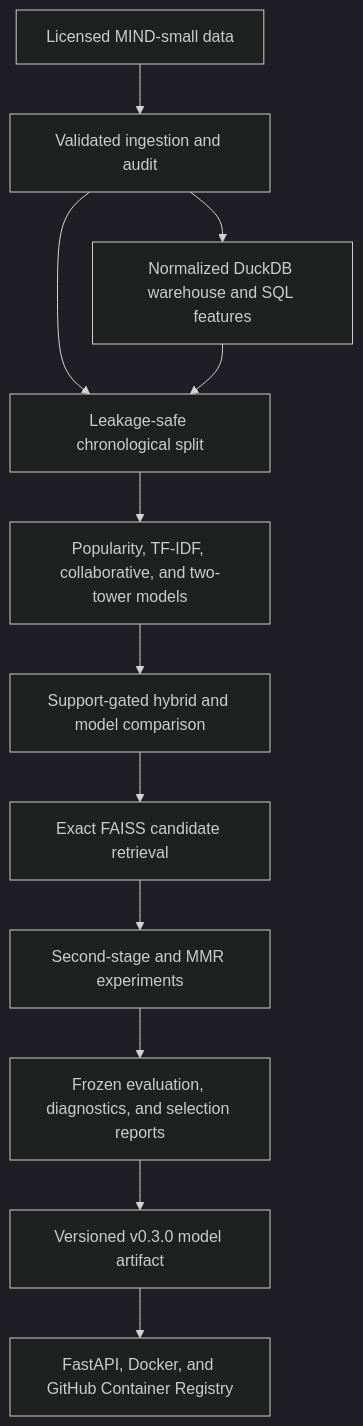
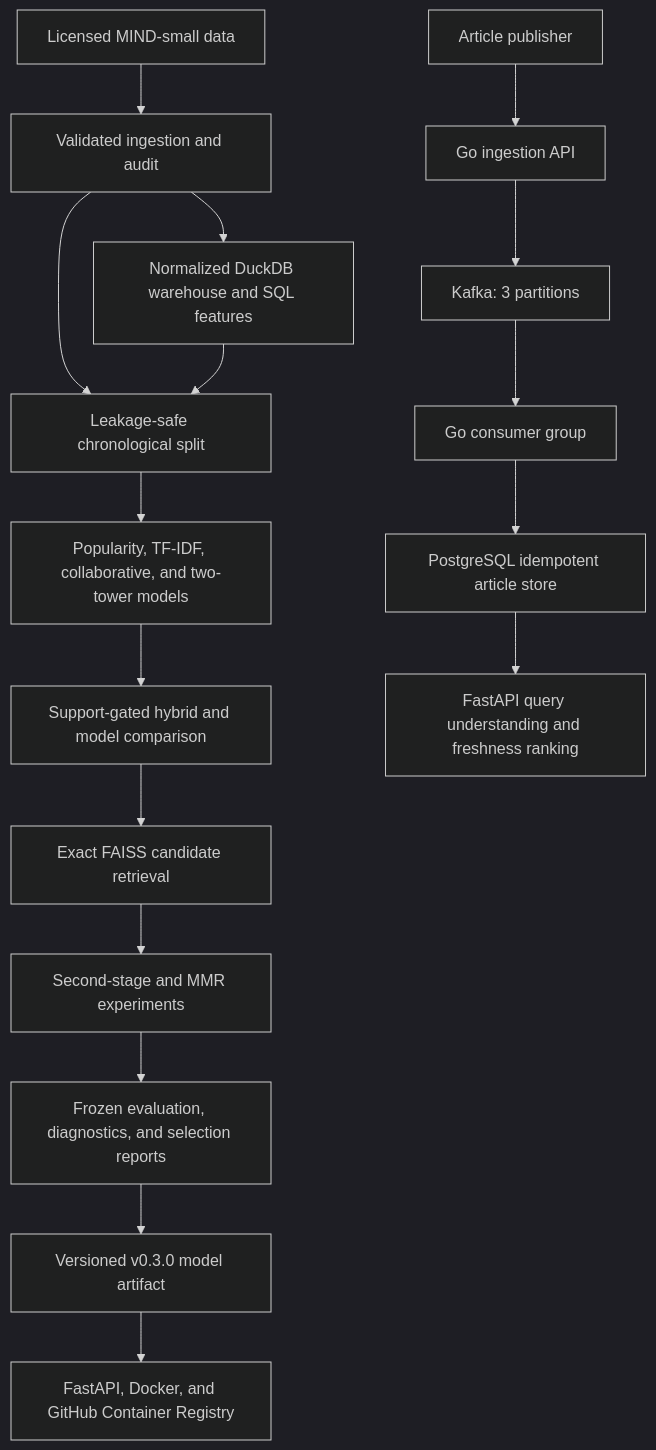
One commit to triasha72/NewsLens changed the diagram in README.md. Above: the diagram before and after it, drawn with Mermaid (dark theme). The commit also changed other lines of this file and 51 other files, not shown here.

````diff
--- a/README.md
+++ b/README.md
@@ -90,14 +117,20 @@
 ```mermaid
 flowchart TD
     A["Licensed MIND-small data"] --> B["Validated ingestion and audit"]
     B --> C["Normalized DuckDB warehouse and SQL features"]
     B --> D["Leakage-safe chronological split"]
     C --> D
     D --> E["Popularity, TF-IDF, collaborative, and two-tower models"]
     E --> F["Support-gated hybrid and model comparison"]
     F --> G["Exact FAISS candidate retrieval"]
     G --> H["Second-stage and MMR experiments"]
     H --> I["Frozen evaluation, diagnostics, and selection reports"]
     I --> J["Versioned v0.3.0 model artifact"]
     J --> K["FastAPI, Docker, and GitHub Container Registry"]
+
+    L["Article publisher"] --> M["Go ingestion API"]
+    M --> N["Kafka: 3 partitions"]
+    N --> O["Go consumer group"]
+    O --> P["PostgreSQL idempotent article store"]
+    P --> Q["FastAPI query understanding and freshness ranking"]
 ```
````
